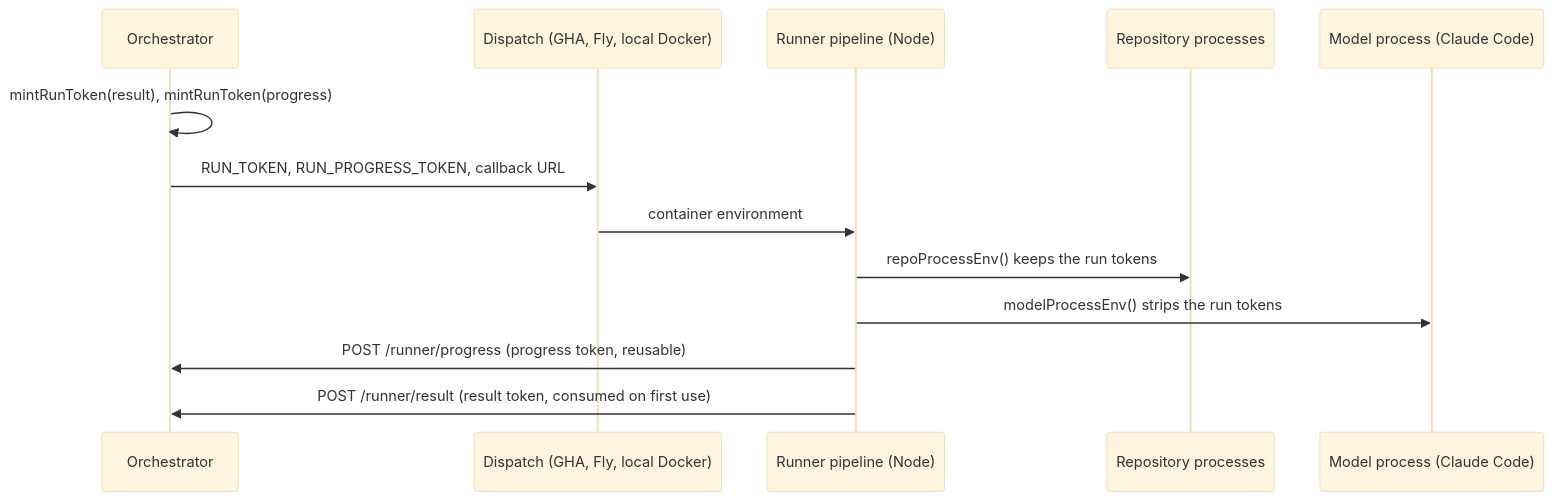
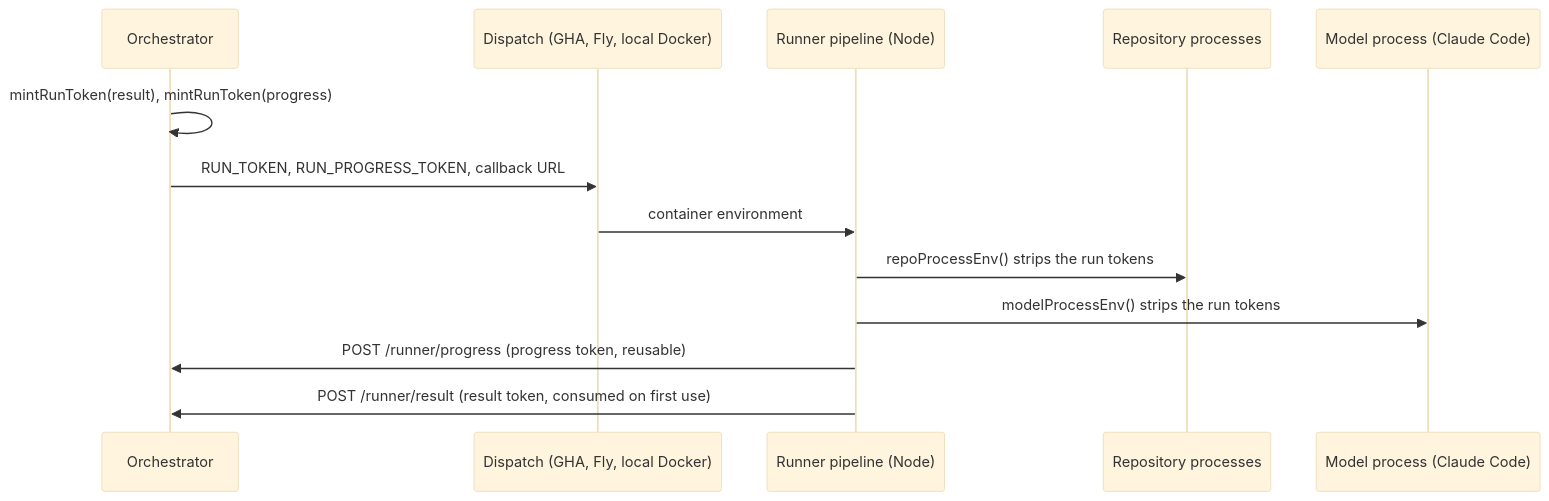
One commit to BuildDownAI/AI-Implement changed the diagram in docs/runner-callbacks.md. Above: the diagram before and after it, drawn with Mermaid (base theme). The commit also changed other lines of this file and 4 other files, not shown here.

Commit message:
AII-1242: Remove the run tokens from the environment of repository processes (install, hooks, preflight)

````diff
--- a/docs/runner-callbacks.md
+++ b/docs/runner-callbacks.md
@@ -11,15 +11,15 @@
 ```mermaid
 sequenceDiagram
     participant O as Orchestrator
     participant D as Dispatch (GHA, Fly, local Docker)
     participant R as Runner pipeline (Node)
     participant P as Repository processes
     participant M as Model process (Claude Code)
     O->>O: mintRunToken(result), mintRunToken(progress)
     O->>D: RUN_TOKEN, RUN_PROGRESS_TOKEN, callback URL
     D->>R: container environment
-    R->>P: repoProcessEnv() keeps the run tokens
+    R->>P: repoProcessEnv() strips the run tokens
     R->>M: modelProcessEnv() strips the run tokens
     R->>O: POST /runner/progress (progress token, reusable)
     R->>O: POST /runner/result (result token, consumed on first use)
 ```
````
